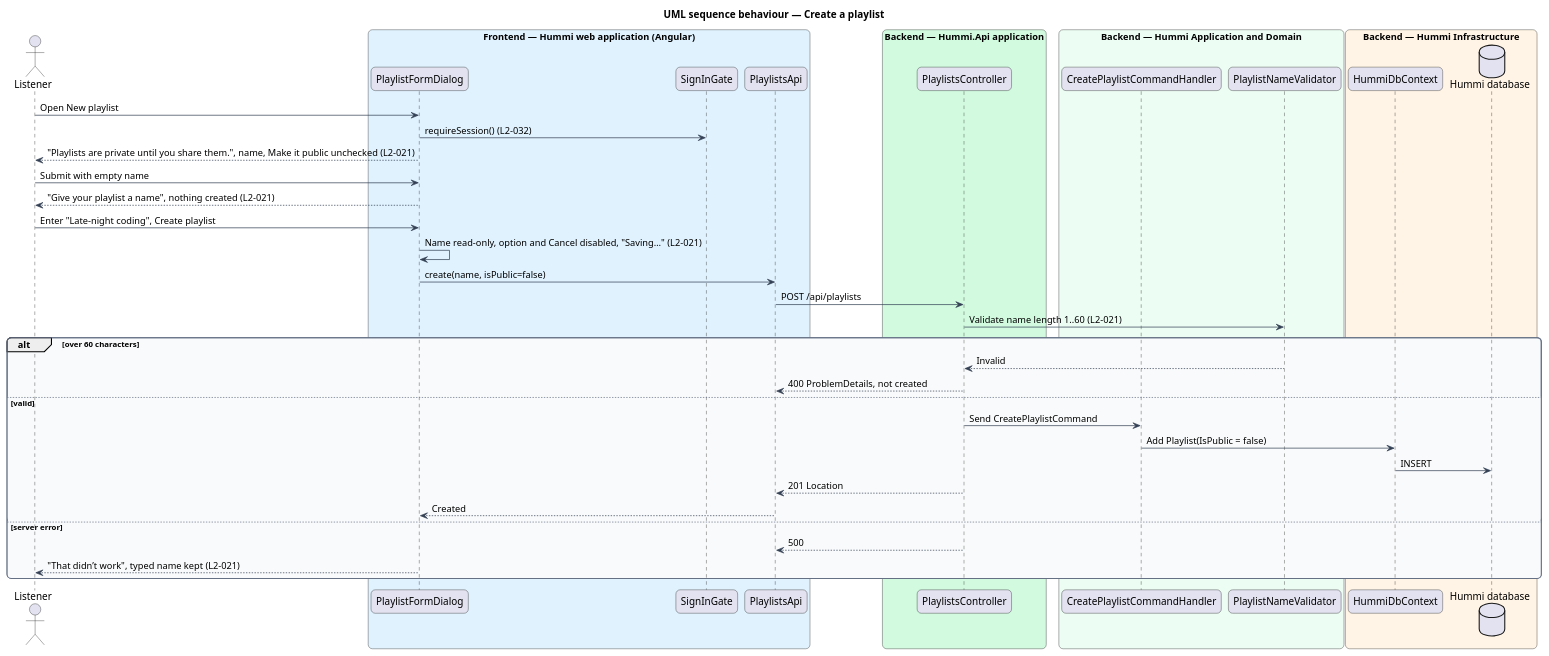
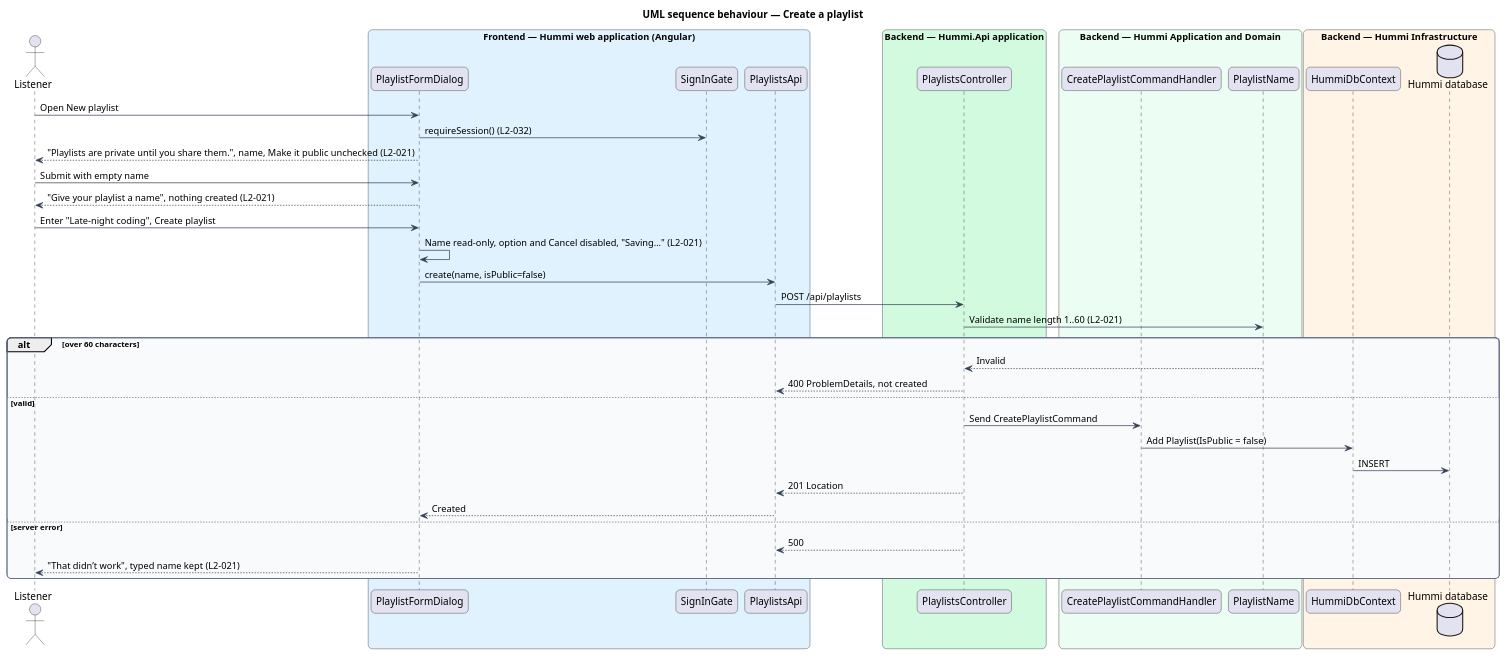
The diagram in docs/detailed-designs/library/create-and-rename-playlist/diagrams/sequence-create.puml (QuinntyneBrown/hummi), drawn with PlantUML before and after one commit. The commit also changed 93 other files, not shown here.

```diff
--- a/docs/detailed-designs/library/create-and-rename-playlist/diagrams/sequence-create.puml
+++ b/docs/detailed-designs/library/create-and-rename-playlist/diagrams/sequence-create.puml
@@ -1,57 +1,57 @@
 @startuml
 title UML sequence behaviour — Create a playlist
 skinparam backgroundColor #FFFFFF
 skinparam shadowing false
 skinparam roundcorner 12
 skinparam defaultFontName Arial
 skinparam ArrowColor #344054
 skinparam rectangle {
   BorderColor #344054
   FontColor #101828
 }
 skinparam package {
   BorderColor #667085
   FontColor #101828
   BackgroundColor #F9FAFB
 }
 actor "Listener" as u
 box "Frontend — Hummi web application (Angular)" #E0F2FE
   participant "PlaylistFormDialog" as dlg
   participant "SignInGate" as gate
   participant "PlaylistsApi" as client
 end box
 box "Backend — Hummi.Api application" #D1FADF
   participant "PlaylistsController" as ctl
 end box
 box "Backend — Hummi Application and Domain" #ECFDF3
   participant "CreatePlaylistCommandHandler" as cmd
-  participant "PlaylistNameValidator" as val
+  participant "PlaylistName" as val
 end box
 box "Backend — Hummi Infrastructure" #FFF4E5
   participant "HummiDbContext" as ctx
   database "Hummi database" as db
 end box
 u -> dlg : Open New playlist
 dlg -> gate : requireSession() (L2-032)
 dlg --> u : "Playlists are private until you share them.", name, Make it public unchecked (L2-021)
 u -> dlg : Submit with empty name
 dlg --> u : "Give your playlist a name", nothing created (L2-021)
 u -> dlg : Enter "Late-night coding", Create playlist
 dlg -> dlg : Name read-only, option and Cancel disabled, "Saving…" (L2-021)
 dlg -> client : create(name, isPublic=false)
 client -> ctl : POST /api/playlists
 ctl -> val : Validate name length 1..60 (L2-021)
 alt over 60 characters
   val --> ctl : Invalid
   ctl --> client : 400 ProblemDetails, not created
 else valid
   ctl -> cmd : Send CreatePlaylistCommand
   cmd -> ctx : Add Playlist(IsPublic = false)
   ctx -> db : INSERT
   ctl --> client : 201 Location
   client --> dlg : Created
 else server error
   ctl --> client : 500
   dlg --> u : "That didn’t work", typed name kept (L2-021)
 end
 @enduml
```
